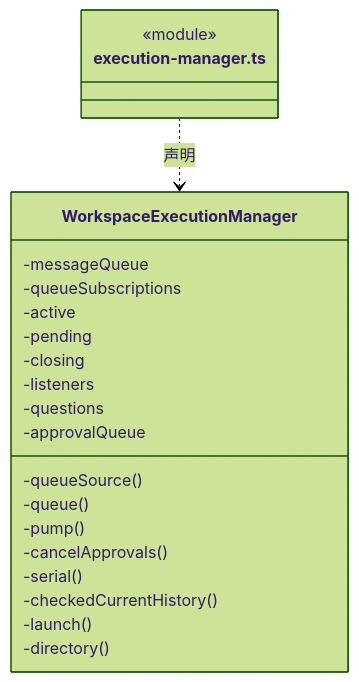
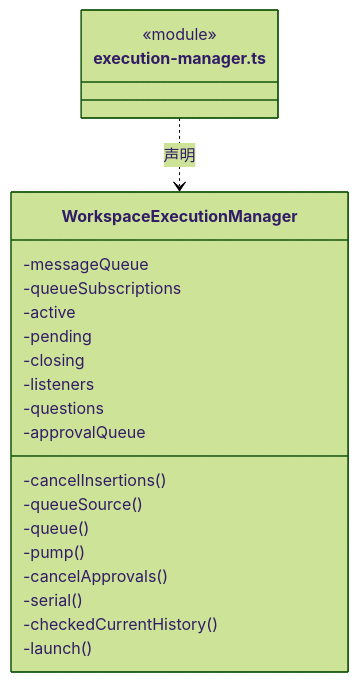
The fifth of 12 diagrams in src/backend/scheduler-engine/conversation/ARCHITECTURE.md (nan023062/cbim), drawn with Mermaid (forest theme) before and after one commit. The commit also changed other lines of this file and 130 other files, not shown here.

````diff
--- a/src/backend/scheduler-engine/conversation/ARCHITECTURE.md
+++ b/src/backend/scheduler-engine/conversation/ARCHITECTURE.md
@@ -171,25 +171,25 @@
 ```mermaid
 classDiagram
 class N_src_backend_scheduler_engine_conversation_execution_manager_ts["execution-manager.ts"] {
   <<module>>
 }
 class N_src_backend_scheduler_engine_conversation_execution_manager_ts_WorkspaceExecutionManager["WorkspaceExecutionManager"] {
+  -cancelInsertions()
   -messageQueue
   -queueSubscriptions
   -queueSource()
   -queue()
   -pump()
   -active
   -pending
   -closing
   -listeners
   -questions
   -approvalQueue
   -cancelApprovals()
   -serial()
   -checkedCurrentHistory()
   -launch()
-  -directory()
 }
 N_src_backend_scheduler_engine_conversation_execution_manager_ts ..> N_src_backend_scheduler_engine_conversation_execution_manager_ts_WorkspaceExecutionManager : 声明
 ```
````
